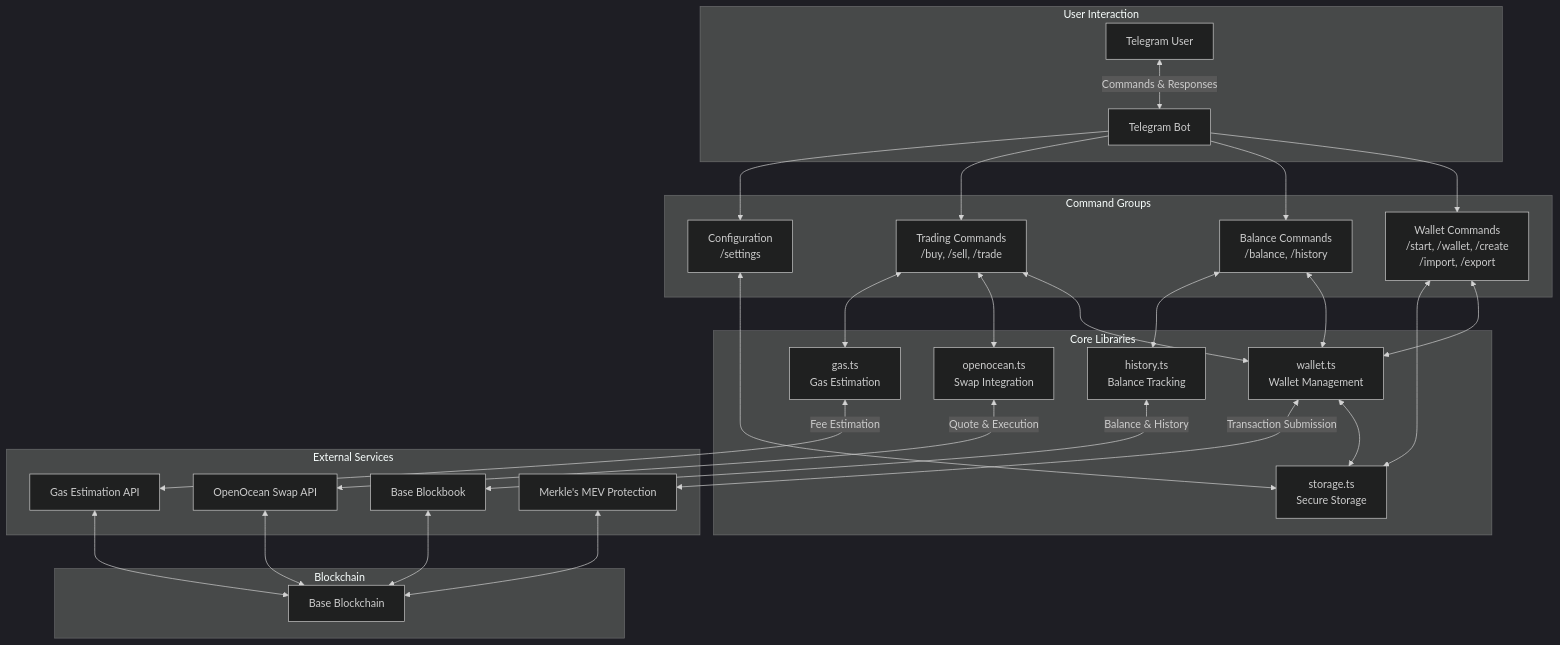
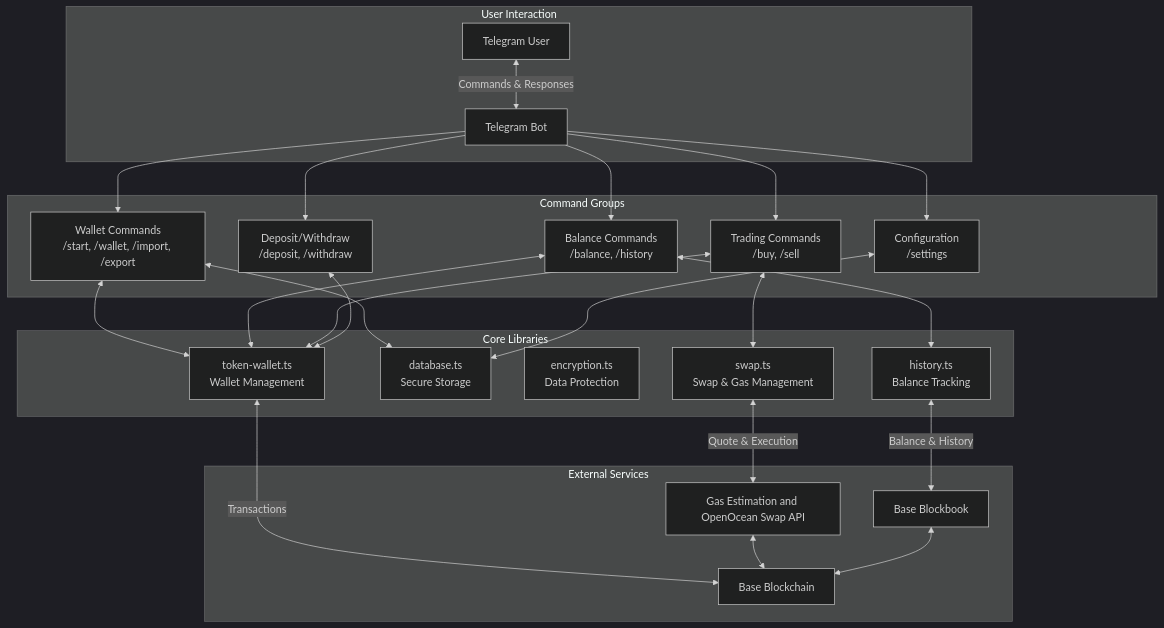
One commit to quiknode-labs/qn-guide-examples changed the diagram in base/telegram-trading-bot/README.md. Above: the diagram before and after it, drawn with Mermaid (dark theme).

Commit message:
update architecture diagram

````diff
--- a/base/telegram-trading-bot/README.md
+++ b/base/telegram-trading-bot/README.md
@@ -49,57 +49,52 @@
 ```mermaid
 flowchart TD
     subgraph "User Interaction"
         User["Telegram User"]
         Bot["Telegram Bot"]
     end
 
     subgraph "Command Groups"
-        WalletCmds["Wallet Commands\n/start, /wallet, /create\n/import, /export"]
+        WalletCmds["Wallet Commands\n/start, /wallet, /import, /export"]
         BalanceCmds["Balance Commands\n/balance, /history"]
-        TradeCmds["Trading Commands\n/buy, /sell, /trade"]
+        TradeCmds["Trading Commands\n/buy, /sell"]
         ConfigCmds["Configuration\n/settings"]
+        DepositCmds["Deposit/Withdraw\n/deposit, /withdraw"]
     end
     
     subgraph "Core Libraries"
-        LibWallet["wallet.ts\nWallet Management"]
-        LibStorage["storage.ts\nSecure Storage"]
-        LibGas["gas.ts\nGas Estimation"]
-        LibSwap["openocean.ts\nSwap Integration"]
+        LibWallet["token-wallet.ts\nWallet Management"]
+        LibDatabase["database.ts\nSecure Storage"]
+        LibEncryption["encryption.ts\nData Protection"]
         LibHistory["history.ts\nBalance Tracking"]
+        LibSwap["swap.ts\nSwap & Gas Management"]
     end
     
     User <-->|Commands & Responses| Bot
     
-    Bot --> WalletCmds & BalanceCmds & TradeCmds & ConfigCmds
+    Bot --> WalletCmds & BalanceCmds & TradeCmds & ConfigCmds & DepositCmds
     
     WalletCmds <--> LibWallet
-    WalletCmds <--> LibStorage
+    WalletCmds <--> LibDatabase
     
     BalanceCmds <--> LibWallet
     BalanceCmds <--> LibHistory
     
     TradeCmds <--> LibWallet
     TradeCmds <--> LibSwap
-    TradeCmds <--> LibGas
     
-    ConfigCmds <--> LibStorage
-    LibWallet <--> LibStorage
+    DepositCmds <--> LibWallet
+    
+    ConfigCmds <--> LibDatabase
     
     subgraph "External Services"
-        APIGas["Gas Estimation API"]
-        APISwap["OpenOcean Swap API"]
+        APISwap["Gas Estimation and OpenOcean Swap API"]
         APIHistory["Base Blockbook"]
-        APIMev["Merkle's MEV Protection"]
+        Blockchain["Base Blockchain"]
     end
     
-    LibGas <-->|Fee Estimation| APIGas
     LibSwap <-->|Quote & Execution| APISwap
     LibHistory <-->|Balance & History| APIHistory
-    LibWallet <-->|Transaction Submission| APIMev
+    LibWallet <-->|Transactions| Blockchain
     
-    subgraph "Blockchain"
-        BaseChain["Base Blockchain"]
-    end
-    
-    APIGas & APISwap & APIHistory & APIMev <--> BaseChain
+    APISwap & APIHistory <--> Blockchain
 ```
````
